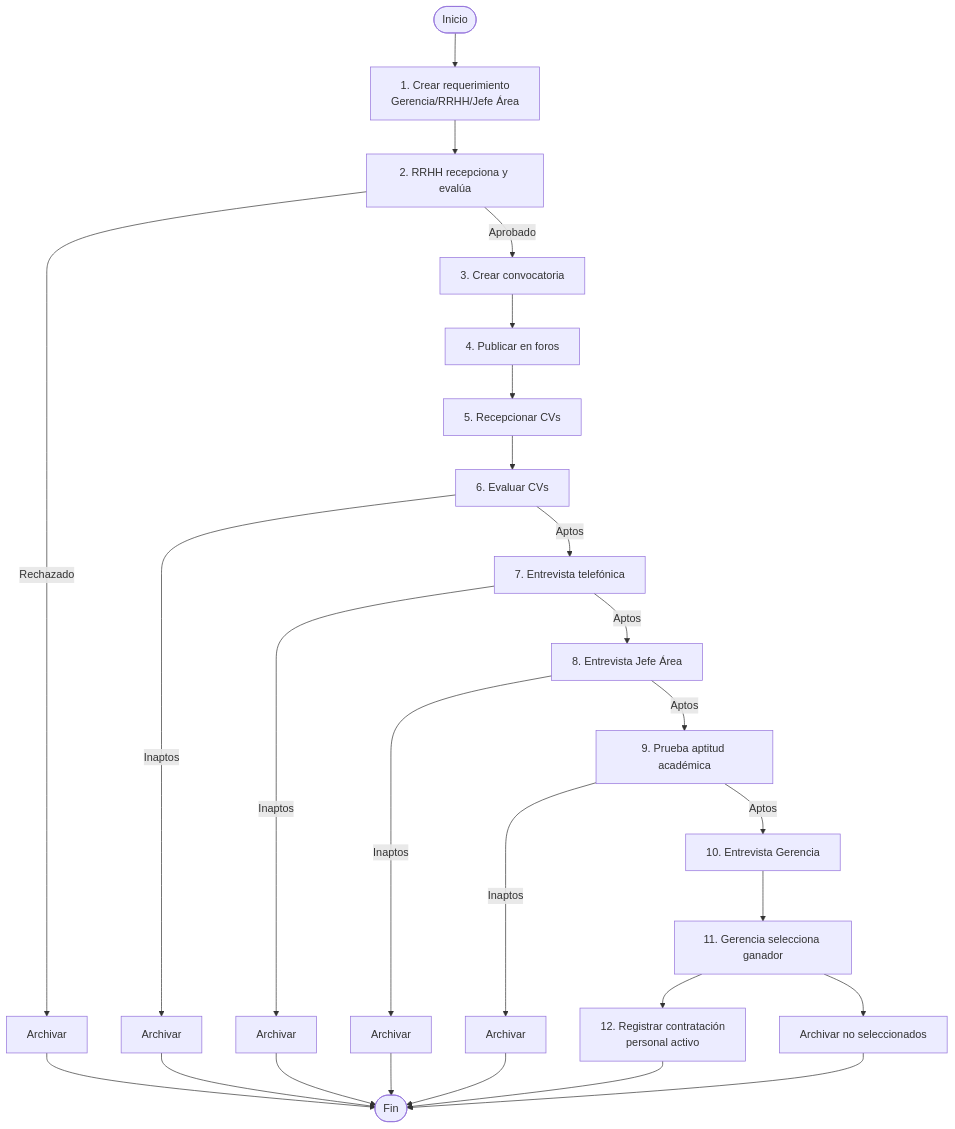
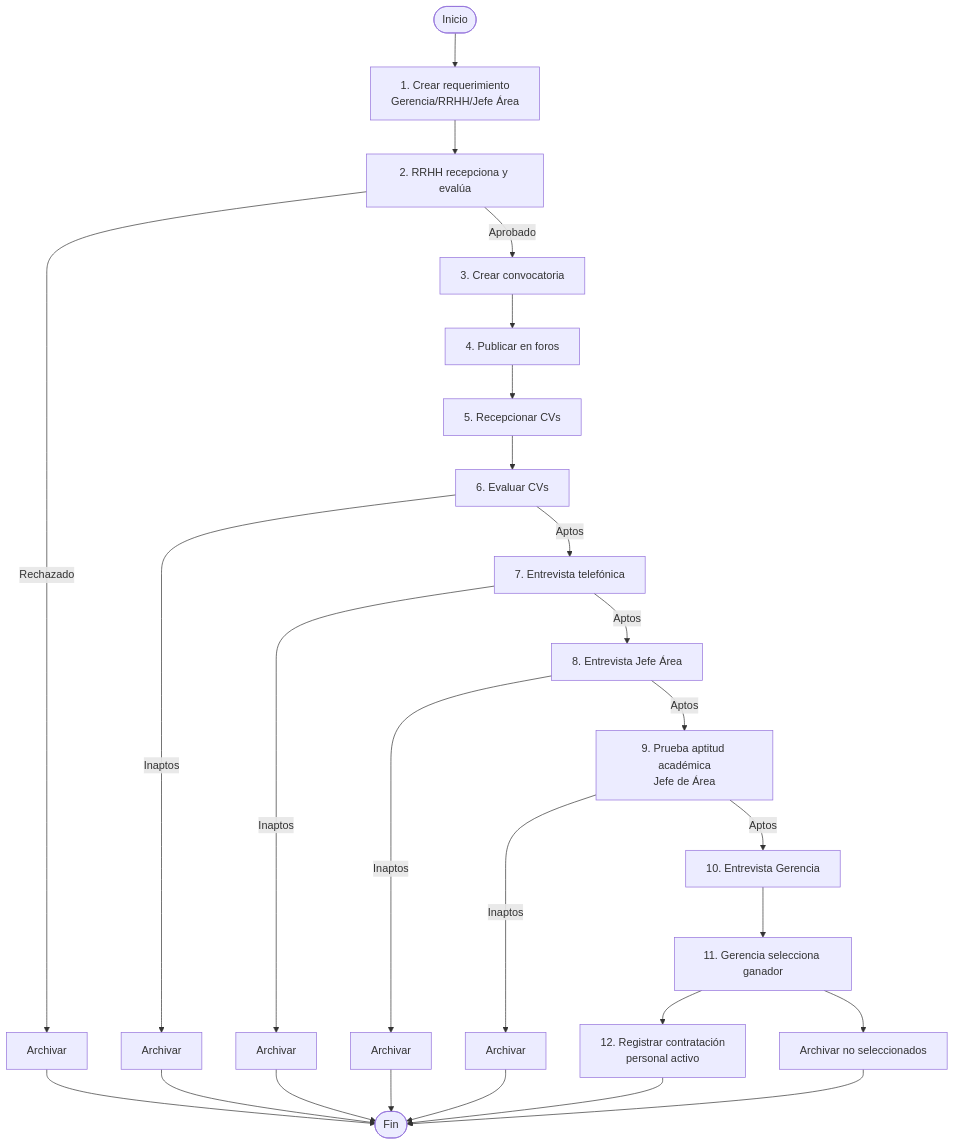
Before and after one commit to jefershon28/M.Convocatorias: the second of 2 diagrams in DIAGRAMA_CASOS_USO_MERMAID.md, drawn with Mermaid. The commit also changed other lines of this file, not shown here.

````diff
--- a/DIAGRAMA_CASOS_USO_MERMAID.md
+++ b/DIAGRAMA_CASOS_USO_MERMAID.md
@@ -82,28 +121,28 @@
 ```mermaid
 flowchart TD
     Start([Inicio]) --> UC1[1. Crear requerimiento<br/>Gerencia/RRHH/Jefe Área]
     UC1 --> UC2[2. RRHH recepciona y evalúa]
     UC2 --> |Rechazado| Arch1[Archivar]
     UC2 --> |Aprobado| UC3[3. Crear convocatoria]
     UC3 --> UC4[4. Publicar en foros]
     UC4 --> UC5[5. Recepcionar CVs]
     UC5 --> UC6[6. Evaluar CVs]
     UC6 --> |Inaptos| Arch2[Archivar]
     UC6 --> |Aptos| UC7[7. Entrevista telefónica]
     UC7 --> |Inaptos| Arch3[Archivar]
     UC7 --> |Aptos| UC8[8. Entrevista Jefe Área]
     UC8 --> |Inaptos| Arch4[Archivar]
-    UC8 --> |Aptos| UC9[9. Prueba aptitud académica]
+    UC8 --> |Aptos| UC9[9. Prueba aptitud académica<br/>Jefe de Área]
     UC9 --> |Inaptos| Arch5[Archivar]
     UC9 --> |Aptos| UC10[10. Entrevista Gerencia]
     UC10 --> UC11[11. Gerencia selecciona ganador]
     UC11 --> UC12[12. Registrar contratación<br/>personal activo]
     UC11 --> UC13[Archivar no seleccionados]
     UC12 --> End([Fin])
     UC13 --> End
     Arch1 --> End
     Arch2 --> End
     Arch3 --> End
     Arch4 --> End
     Arch5 --> End
 ```
````
